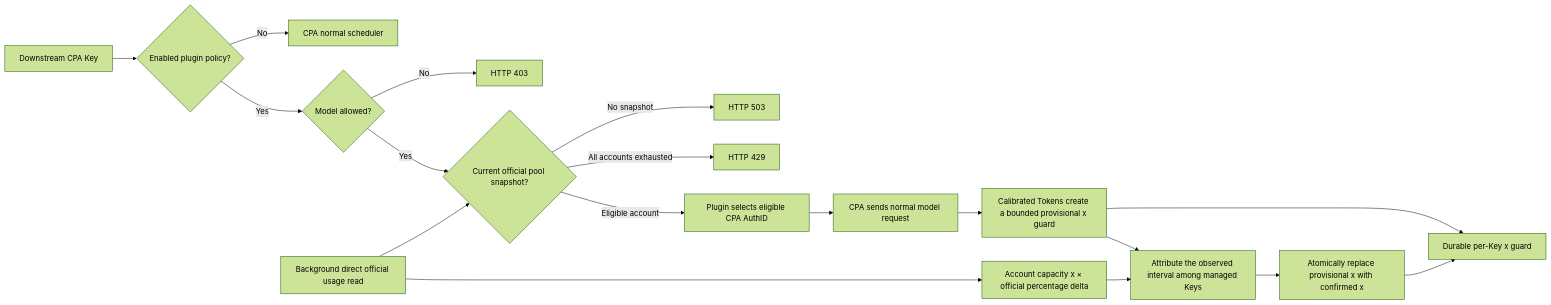
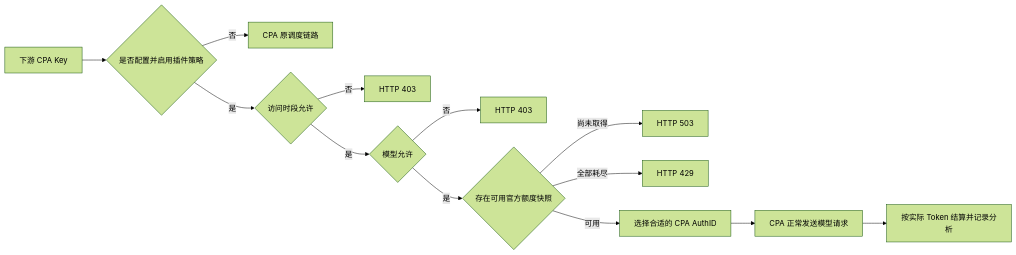
Before and after one commit to lucky98556/codex-carpool: the diagram in README.md, drawn with Mermaid (forest theme). The commit also changed other lines of this file and 1 other file, not shown here.

````diff
--- a/README.md
+++ b/README.md
@@ -21,20 +32,15 @@
 ```mermaid
 flowchart LR
-    K["Downstream CPA Key"] --> P{"Enabled plugin policy?"}
-    P -- No --> N["CPA normal scheduler"]
-    P -- Yes --> M{"Model allowed?"}
-    M -- No --> E403["HTTP 403"]
-    M -- Yes --> S{"Current official pool snapshot?"}
-    S -- No snapshot --> E503["HTTP 503"]
-    S -- All accounts exhausted --> E429["HTTP 429"]
-    S -- Eligible account --> R["Plugin selects eligible CPA AuthID"]
-    R --> U["CPA sends normal model request"]
-    U --> L["Calibrated Tokens create a bounded provisional x guard"]
-    Q["Background direct official usage read"] --> S
-    Q --> X["Account capacity x × official percentage delta"]
-    L --> G["Durable per-Key x guard"]
-    L --> A["Attribute the observed interval among managed Keys"]
-    X --> A
-    A --> C["Atomically replace provisional x with confirmed x"]
-    C --> G
+    K["下游 CPA Key"] --> P{"是否配置并启用插件策略"}
+    P -- 否 --> N["CPA 原调度链路"]
+    P -- 是 --> T{"访问时段允许"}
+    T -- 否 --> E403A["HTTP 403"]
+    T -- 是 --> M{"模型允许"}
+    M -- 否 --> E403B["HTTP 403"]
+    M -- 是 --> Q{"存在可用官方额度快照"}
+    Q -- 尚未取得 --> E503["HTTP 503"]
+    Q -- 全部耗尽 --> E429["HTTP 429"]
+    Q -- 可用 --> R["选择合适的 CPA AuthID"]
+    R --> U["CPA 正常发送模型请求"]
+    U --> S["按实际 Token 结算并记录分析"]
 ```
````
